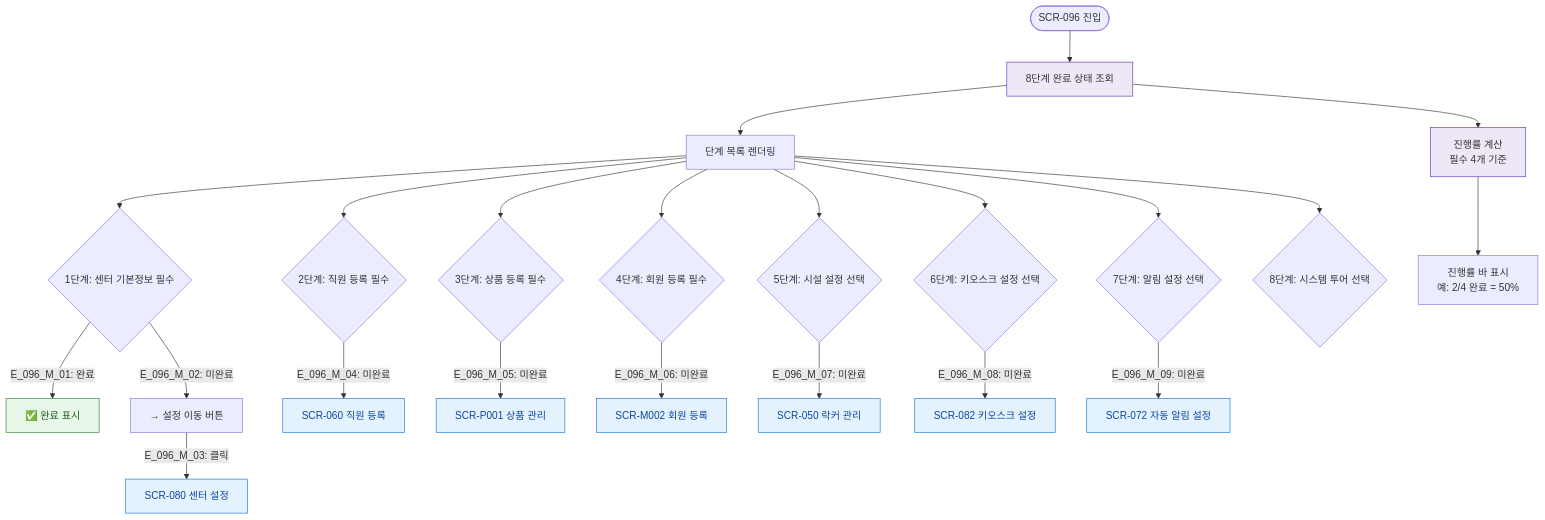
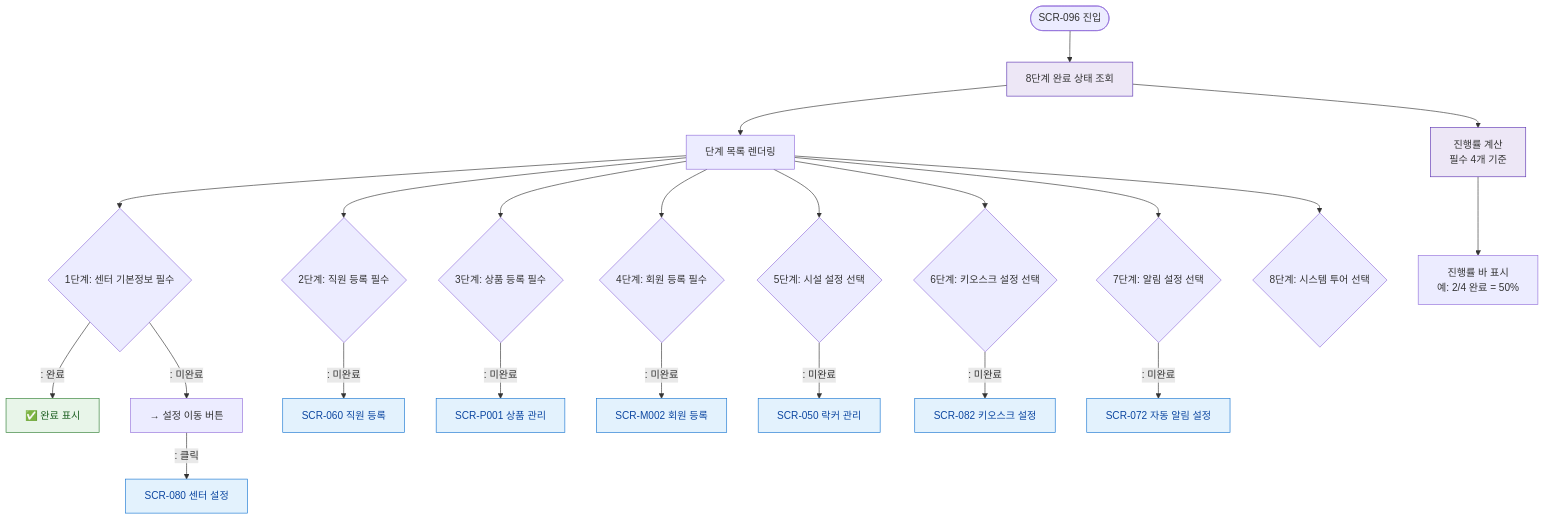
One commit to dev-spogym/admin-pando changed the diagram in docs/다이어그램/D10_본사관리/SCR-096_온보딩대시보드/F2_메인.md. Above: the diagram before and after it, drawn with Mermaid. The commit also changed other lines of this file and 1660 other files, not shown here.

First line of the commit message:
다이어그램: 기획자/클라이언트 납품본으로 정리

````diff
--- a/docs/다이어그램/D10_본사관리/SCR-096_온보딩대시보드/F2_메인.md
+++ b/docs/다이어그램/D10_본사관리/SCR-096_온보딩대시보드/F2_메인.md
@@ -14,37 +12,37 @@
 ```mermaid
 flowchart TD
   Start([SCR-096 진입]) --> LoadSteps[8단계 완료 상태 조회]
 
   LoadSteps --> StepList[단계 목록 렌더링]
 
   StepList --> S1{1단계: 센터 기본정보 필수}
   StepList --> S2{2단계: 직원 등록 필수}
   StepList --> S3{3단계: 상품 등록 필수}
   StepList --> S4{4단계: 회원 등록 필수}
   StepList --> S5{5단계: 시설 설정 선택}
   StepList --> S6{6단계: 키오스크 설정 선택}
   StepList --> S7{7단계: 알림 설정 선택}
   StepList --> S8{8단계: 시스템 투어 선택}
 
-  S1 -->|"E_096_M_01: 완료"| Done1[✅ 완료 표시]
-  S1 -->|"E_096_M_02: 미완료"| Pending1[→ 설정 이동 버튼]
-  Pending1 -->|"E_096_M_03: 클릭"| NavSettings[SCR-080 센터 설정]
+  S1 -->|": 완료"|Done1[✅ 완료 표시]
+  S1 -->|": 미완료"|Pending1[→ 설정 이동 버튼]
+  Pending1 -->|": 클릭"|NavSettings[SCR-080 센터 설정]
 
-  S2 -->|"E_096_M_04: 미완료"| NavStaff[SCR-060 직원 등록]
-  S3 -->|"E_096_M_05: 미완료"| NavProduct[SCR-P001 상품 관리]
-  S4 -->|"E_096_M_06: 미완료"| NavMember[SCR-M002 회원 등록]
-  S5 -->|"E_096_M_07: 미완료"| NavFacility[SCR-050 락커 관리]
-  S6 -->|"E_096_M_08: 미완료"| NavKiosk[SCR-082 키오스크 설정]
-  S7 -->|"E_096_M_09: 미완료"| NavAlarm[SCR-072 자동 알림 설정]
+  S2 -->|": 미완료"|NavStaff[SCR-060 직원 등록]
+  S3 -->|": 미완료"|NavProduct[SCR-P001 상품 관리]
+  S4 -->|": 미완료"|NavMember[SCR-M002 회원 등록]
+  S5 -->|": 미완료"|NavFacility[SCR-050 락커 관리]
+  S6 -->|": 미완료"|NavKiosk[SCR-082 키오스크 설정]
+  S7 -->|": 미완료"|NavAlarm[SCR-072 자동 알림 설정]
 
   LoadSteps --> Progress[진행률 계산\n필수 4개 기준]
   Progress --> ProgressBar[진행률 바 표시\n예: 2/4 완료 = 50%]
 
   classDef screen fill:#E3F2FD,stroke:#1976D2,color:#0D47A1
   classDef success fill:#E8F5E9,stroke:#2E7D32,color:#1B5E20
   classDef system fill:#EDE7F6,stroke:#5E35B2
 
   class NavSettings,NavStaff,NavProduct,NavMember,NavFacility,NavKiosk,NavAlarm screen
   class Done1 success
   class LoadSteps,Progress system
 ```
````
